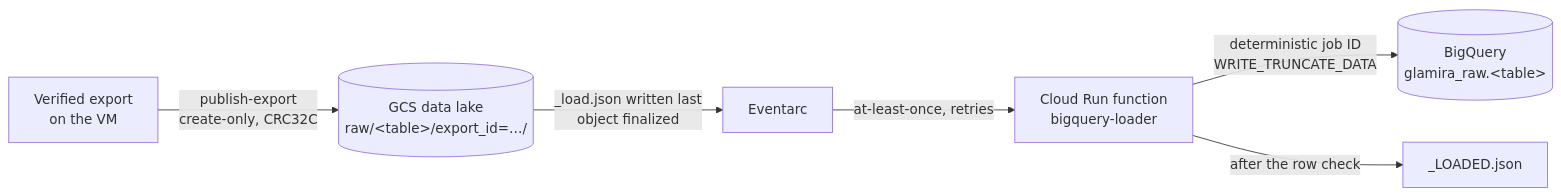
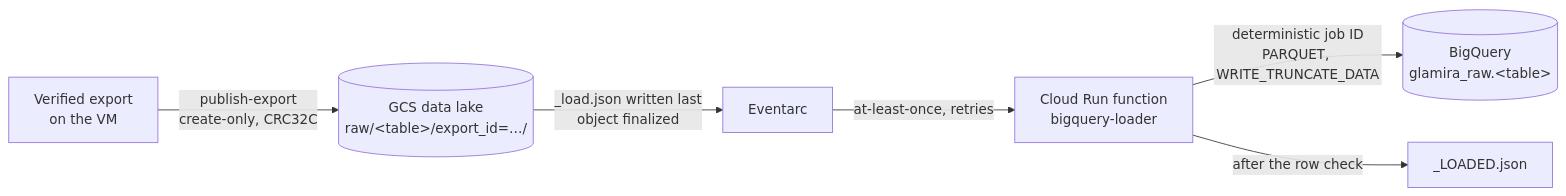
The diagram in docs/reports/bigquery_load.md (ducklemon596/ecommerce-clickstream-pipeline-gcp), drawn with Mermaid before and after one commit. The commit also changed other lines of this file and 8 other files, not shown here.

````diff
--- a/docs/reports/bigquery_load.md
+++ b/docs/reports/bigquery_load.md
@@ -30,8 +35,8 @@
 ```mermaid
 flowchart LR
     E[Verified export<br/>on the VM] -->|publish-export<br/>create-only, CRC32C| G[(GCS data lake<br/>raw/&lt;table&gt;/export_id=…/)]
     G -->|_load.json written last<br/>object finalized| T[Eventarc]
     T -->|at-least-once, retries| F[Cloud Run function<br/>bigquery-loader]
-    F -->|deterministic job ID<br/>WRITE_TRUNCATE_DATA| B[(BigQuery<br/>glamira_raw.&lt;table&gt;)]
+    F -->|deterministic job ID<br/>PARQUET, WRITE_TRUNCATE_DATA| B[(BigQuery<br/>glamira_raw.&lt;table&gt;)]
     F -->|after the row check| L[_LOADED.json]
 ```
````
